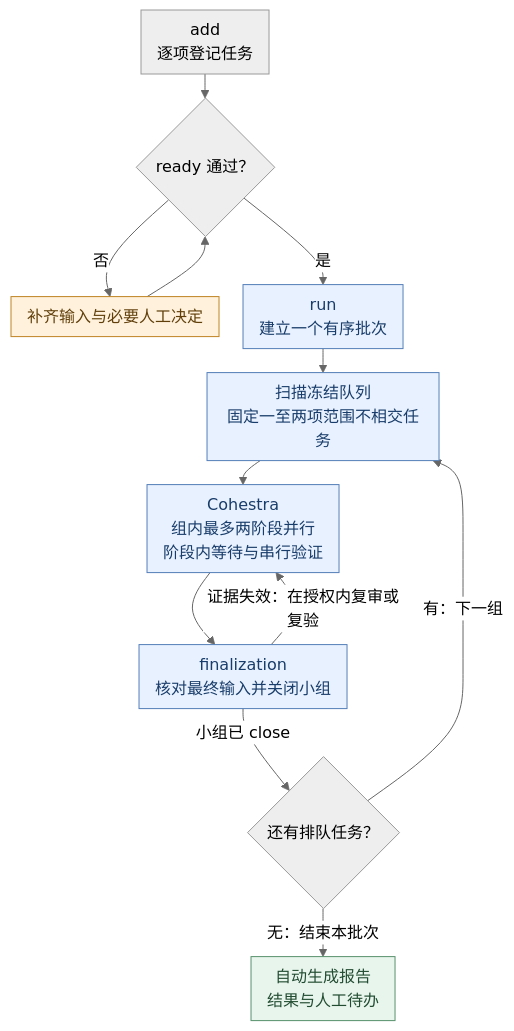
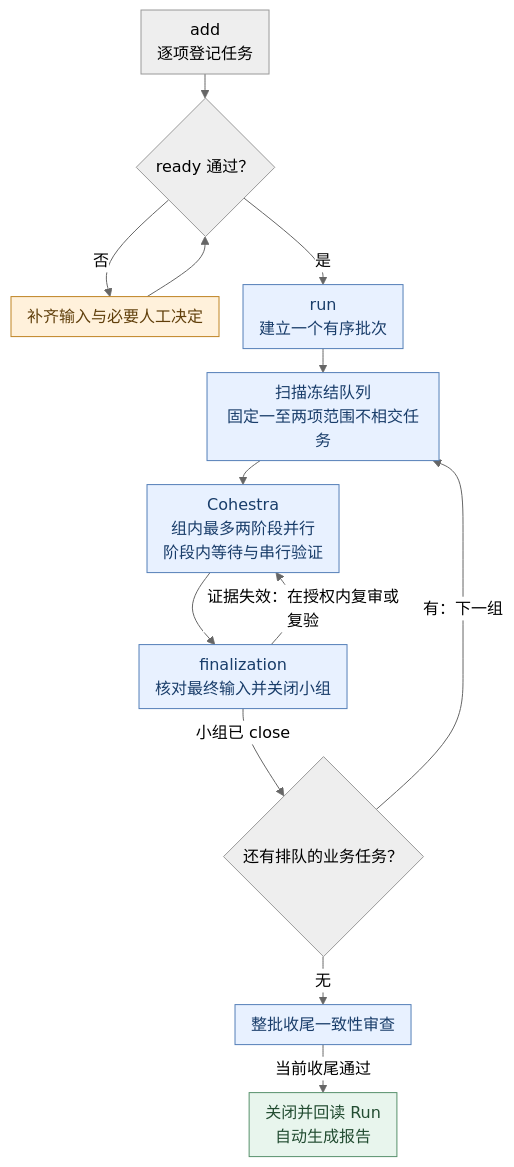
One commit to yuzio-ai/skills changed the second of 4 diagrams in README.zh-CN.md. Above: the diagram before and after it, drawn with Mermaid (neutral theme). The commit also changed other lines of this file and 6 other files, not shown here.

````diff
--- a/README.zh-CN.md
+++ b/README.zh-CN.md
@@ -215,27 +215,28 @@
 ```mermaid
 ---
 config:
   flowchart:
     rankSpacing: 24
     nodeSpacing: 24
     padding: 8
 ---
 flowchart TB
     A["add<br/>逐项登记任务"] --> G{"ready 通过？"}
     G -->|"否"| H["补齐输入与必要人工决定"]
     H --> G
     G -->|"是"| R["run<br/>建立一个有序批次"]
     R --> S["扫描冻结队列<br/>固定一至两项范围不相交任务"]
     S --> E["Cohestra<br/>组内最多两阶段并行<br/>阶段内等待与串行验证"]
     E --> F["finalization<br/>核对最终输入并关闭小组"]
     F -->|"证据失效：在授权内复审或复验"| E
-    F -->|"小组已 close"| M{"还有排队任务？"}
+    F -->|"小组已 close"| M{"还有排队的业务任务？"}
     M -->|"有：下一组"| S
-    M -->|"无：结束本批次"| O["自动生成报告<br/>结果与人工待办"]
+    M -->|"无"| C["整批收尾一致性审查"]
+    C -->|"当前收尾通过"| O["关闭并回读 Run<br/>自动生成报告"]
     class H human
-    class R,S,E,F automatic
+    class R,S,E,F,C automatic
     class O result
     classDef human fill:#fff1db,stroke:#bf8424,color:#603f0b
     classDef automatic fill:#e8f1ff,stroke:#547fb8,color:#193d6a
     classDef result fill:#e8f5ed,stroke:#57916c,color:#224c31
 ```
````
